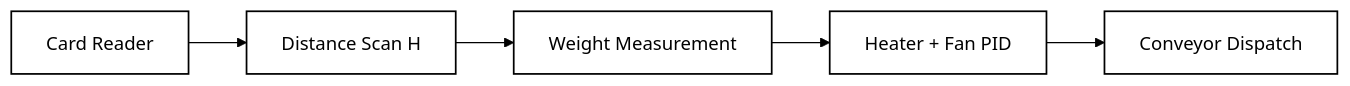
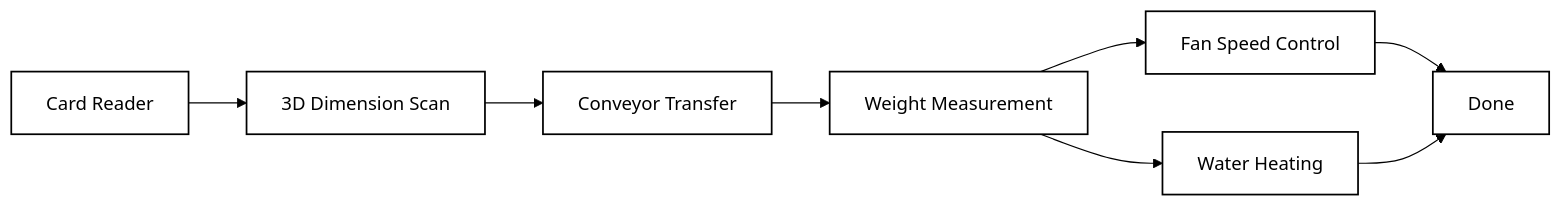
Before and after one commit to Teera235/INC-MINI-project: the first of 5 diagrams in README.md, drawn with Mermaid. The commit also changed other lines of this file and 1 other file, not shown here.

Commit message:
Full spec compliance: 3D scan, LED blink scheduler, card E detection, fan RPS map, temp map, RPM display

````diff
--- a/README.md
+++ b/README.md
@@ -28,11 +28,14 @@
 ```mermaid
-%%{init: {'theme':'base','themeVariables':{'primaryColor':'#ffffff','primaryBorderColor':'#000000','primaryTextColor':'#000000','lineColor':'#000000','secondaryColor':'#f5f5f5','tertiaryColor':'#ffffff','background':'#ffffff','clusterBkg':'#fafafa','clusterBorder':'#000000'}}}%%
+%%{init: {'theme':'base','themeVariables':{'primaryColor':'#ffffff','primaryBorderColor':'#000000','primaryTextColor':'#000000','lineColor':'#000000','secondaryColor':'#f5f5f5','clusterBkg':'#fafafa','clusterBorder':'#000000'}}}%%
 flowchart LR
-    A[Card Reader] --> B[Distance Scan H]
-    B --> C[Weight Measurement]
-    C --> D[Heater + Fan PID]
-    D --> E[Conveyor Dispatch]
+    A[Card Reader] --> B[3D Dimension Scan]
+    B --> C[Conveyor Transfer]
+    C --> D[Weight Measurement]
+    D --> E[Fan Speed Control]
+    D --> F[Water Heating]
+    E --> G[Done]
+    F --> G
 
     classDef node fill:#ffffff,stroke:#000000,stroke-width:1.5px,color:#000000;
-    class A,B,C,D,E node;
+    class A,B,C,D,E,F,G node;
 ```
````
